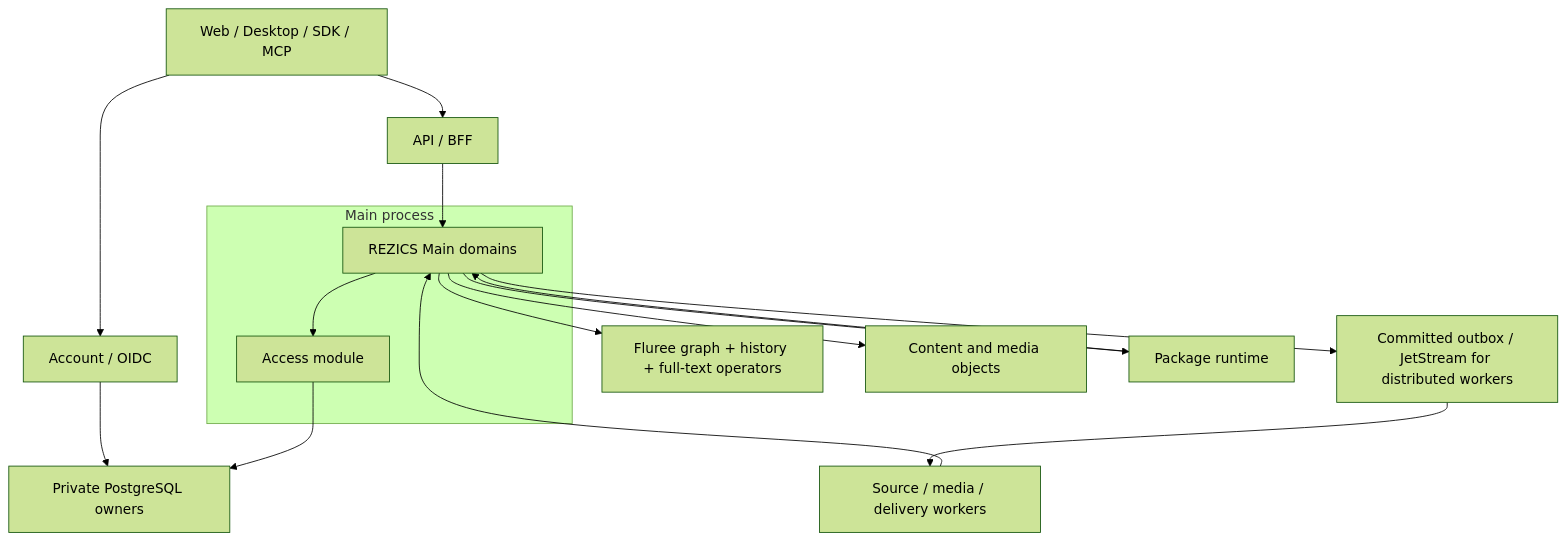
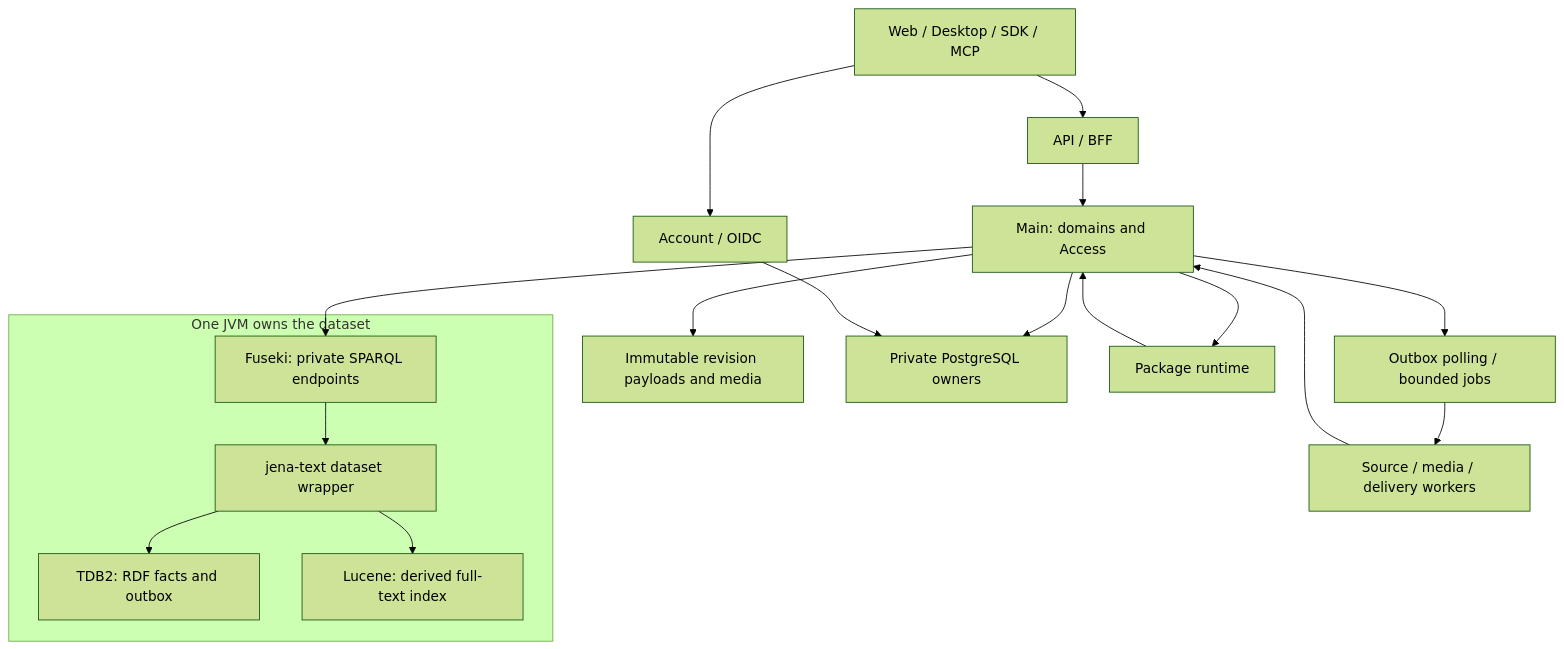
Before and after one commit to rezics/rezics-next: the diagram in docs/architecture/overview.md, drawn with Mermaid (forest theme). The commit also changed other lines of this file and 91 other files, not shown here.

Commit message:
docs: adopt Jena architecture and minimal REZICS startup path

````diff
--- a/docs/architecture/overview.md
+++ b/docs/architecture/overview.md
@@ -23,18 +27,20 @@
 ```mermaid
 flowchart TD
   Client[Web / Desktop / SDK / MCP] --> API[API / BFF]
   Client --> Account[Account / OIDC]
-  API --> Main
-  subgraph MainProcess[Main process]
-    Main[REZICS Main domains] --> Access[Access module]
+  API --> Main[Main: domains and Access]
+  Main --> Fuseki[Fuseki: private SPARQL endpoints]
+  subgraph GraphProcess[One JVM owns the dataset]
+    Fuseki --> Text[jena-text dataset wrapper]
+    Text --> TDB2[TDB2: RDF facts and outbox]
+    Text --> Lucene[Lucene: derived full-text index]
   end
-  Main --> Fluree[Fluree graph + history + full-text operators]
-  Main --> Objects[Content and media objects]
-  Main --> Events[Committed outbox / JetStream for distributed workers]
-  Events --> Workers[Source / media / delivery workers]
+  Main --> Objects[Immutable revision payloads and media]
+  Main --> Private[Private PostgreSQL owners]
+  Account --> Private
+  Main --> Relay[Outbox polling / bounded jobs]
+  Relay --> Workers[Source / media / delivery workers]
   Workers --> Main
   Main --> Packages[Package runtime]
   Packages --> Main
-  Account --> Private[Private PostgreSQL owners]
-  Access --> Private
 ```
````
